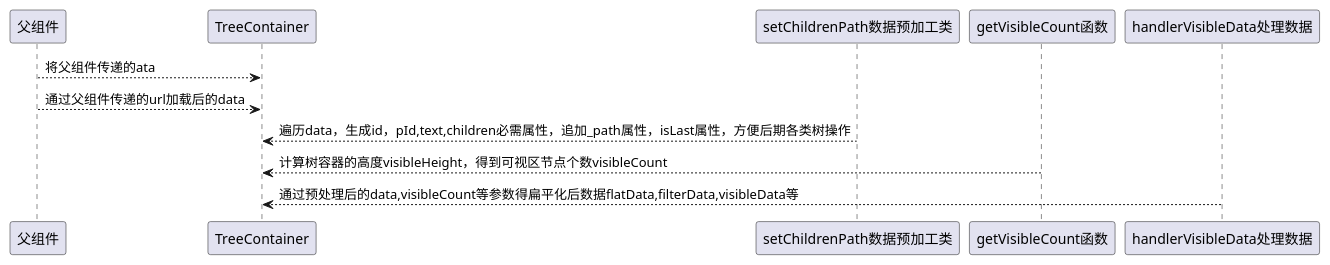
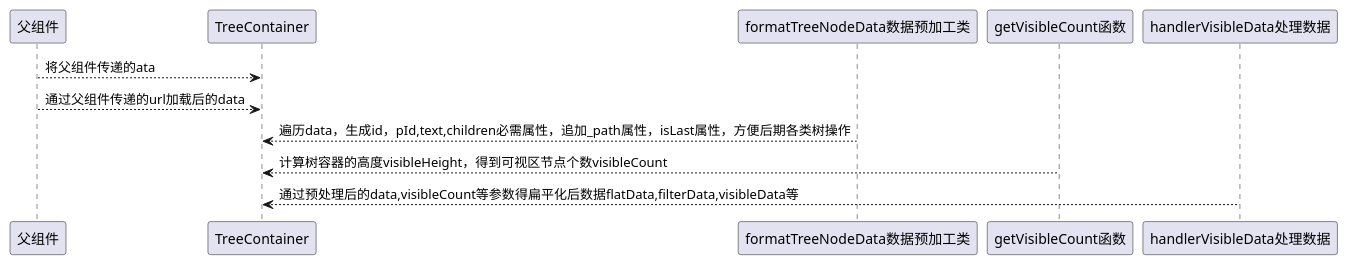
The second of 4 diagrams in README.md (wangzhiyonglyk/wasabi-tree), drawn with PlantUML before and after one commit. The commit also changed other lines of this file and 22 other files, not shown here.

````diff
--- a/README.md
+++ b/README.md
@@ -124,9 +252,9 @@
 ```plantuml
 @startuml
 父组件-->TreeContainer:将父组件传递的ata
 父组件-->TreeContainer:通过父组件传递的url加载后的data
-setChildrenPath数据预加工类-->TreeContainer:遍历data，生成id，pId,text,children必需属性，追加_path属性，isLast属性，方便后期各类树操作
+formatTreeNodeData数据预加工类-->TreeContainer:遍历data，生成id，pId,text,children必需属性，追加_path属性，isLast属性，方便后期各类树操作
 getVisibleCount函数-->TreeContainer:计算树容器的高度visibleHeight，得到可视区节点个数visibleCount
 handlerVisibleData处理数据-->TreeContainer:通过预处理后的data,visibleCount等参数得扁平化后数据flatData,filterData,visibleData等
 @enduml
 ```
````
